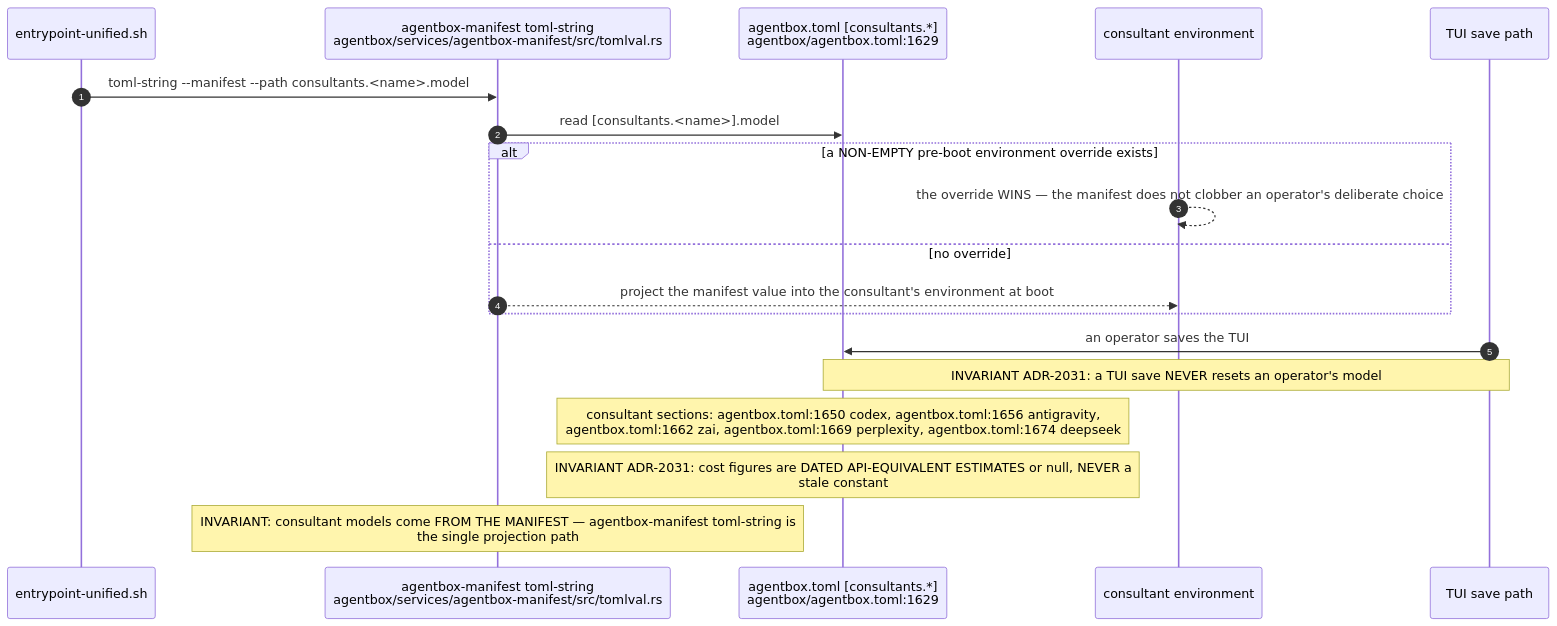
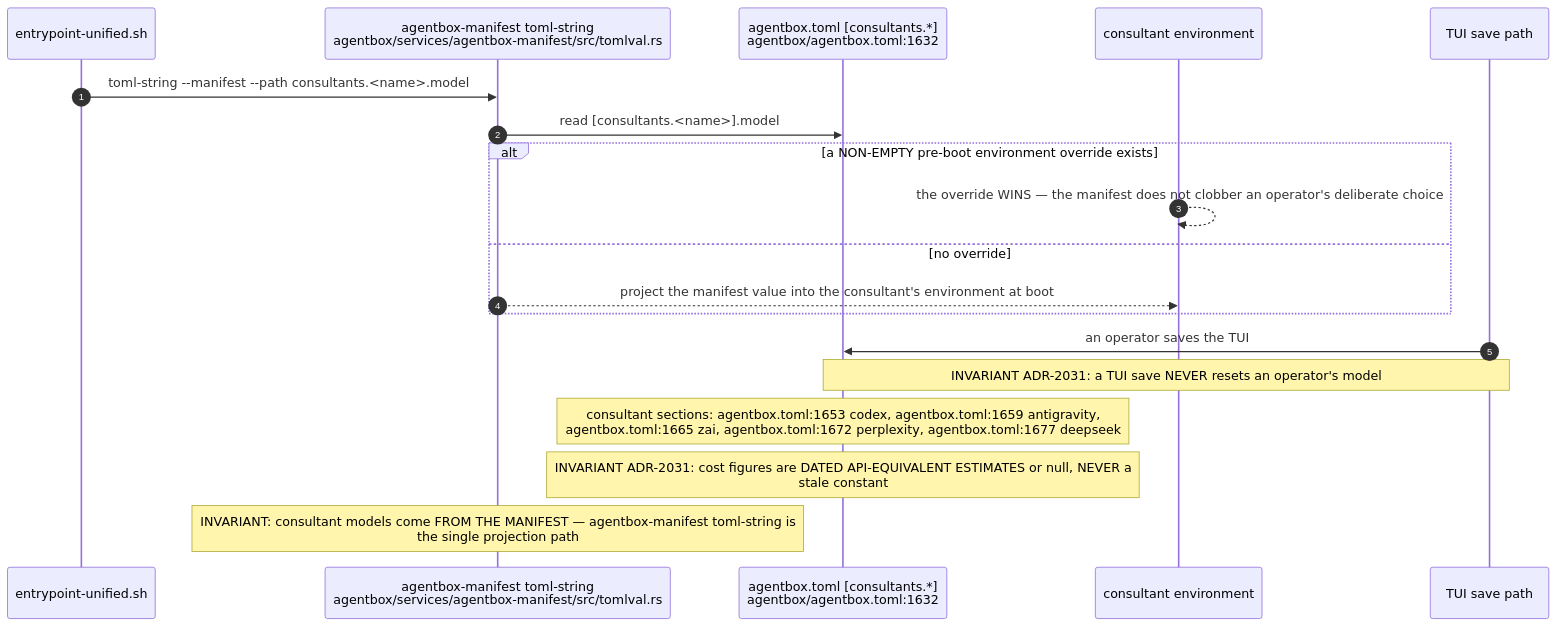
The third of 10 diagrams in docs/diagrams/agentbox/28-agentbox-services-and-manifest-binary.md (DreamLab-AI/VisionFlow), drawn with Mermaid before and after one commit. The commit also changed other lines of this file and 142 other files, not shown here.

First line of the commit message:
docs(diagrams): one System One route; re-verify 140 topics at today's heads

````diff
--- a/docs/diagrams/agentbox/28-agentbox-services-and-manifest-binary.md
+++ b/docs/diagrams/agentbox/28-agentbox-services-and-manifest-binary.md
@@ -190,22 +190,22 @@
 ```mermaid
 sequenceDiagram
     autonumber
     participant EP as entrypoint-unified.sh
     participant BIN as agentbox-manifest toml-string<br/>agentbox/services/agentbox-manifest/src/tomlval.rs
-    participant TOML as agentbox.toml [consultants.*]<br/>agentbox/agentbox.toml:1629
+    participant TOML as agentbox.toml [consultants.*]<br/>agentbox/agentbox.toml:1632
     participant ENV as consultant environment
     participant TUI as TUI save path
 
     EP->>BIN: toml-string --manifest --path consultants.<name>.model
     BIN->>TOML: read [consultants.<name>].model
     alt a NON-EMPTY pre-boot environment override exists
         ENV-->>ENV: the override WINS — the manifest does not clobber an operator's deliberate choice
     else no override
         BIN-->>ENV: project the manifest value into the consultant's environment at boot
     end
     TUI->>TOML: an operator saves the TUI
     Note over TUI,TOML: INVARIANT ADR-2031: a TUI save NEVER resets an operator's model
-    Note over TOML: consultant sections: agentbox.toml:1650 codex, agentbox.toml:1656 antigravity,<br/>agentbox.toml:1662 zai, agentbox.toml:1669 perplexity, agentbox.toml:1674 deepseek
+    Note over TOML: consultant sections: agentbox.toml:1653 codex, agentbox.toml:1659 antigravity,<br/>agentbox.toml:1665 zai, agentbox.toml:1672 perplexity, agentbox.toml:1677 deepseek
     Note over TOML: INVARIANT ADR-2031: cost figures are DATED API-EQUIVALENT ESTIMATES or null, NEVER a<br/>stale constant
     Note over BIN: INVARIANT: consultant models come FROM THE MANIFEST — agentbox-manifest toml-string is<br/>the single projection path
 ```
````
